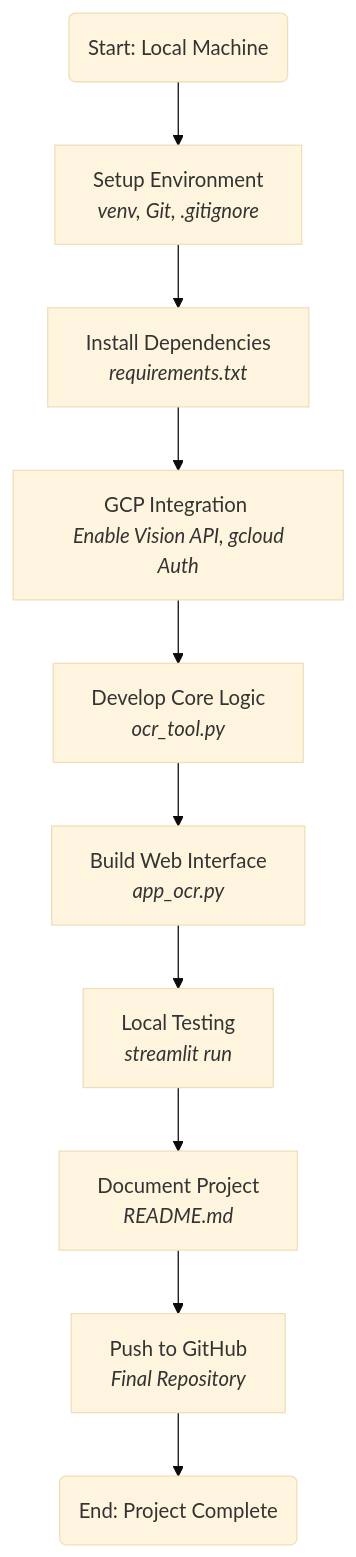
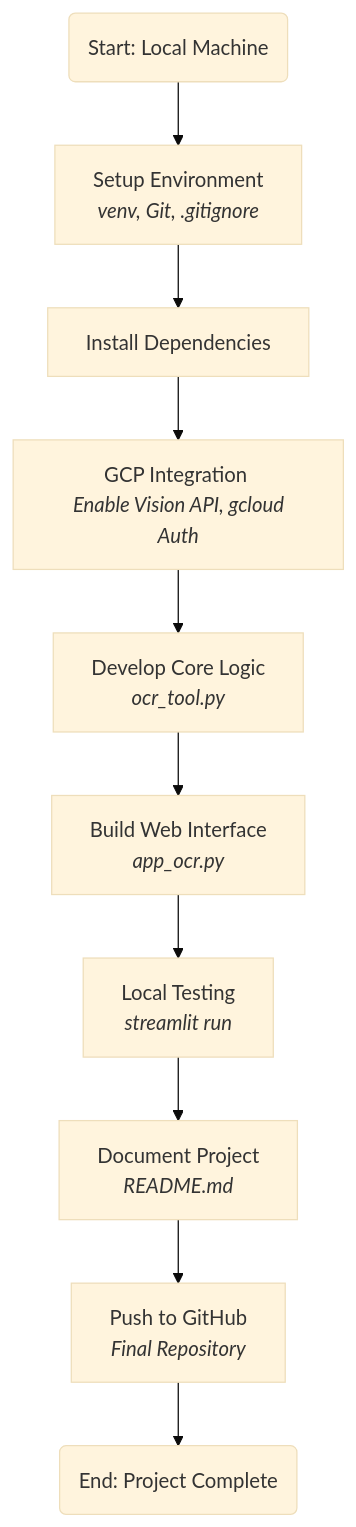
The first of 2 diagrams in README.md (amirulhazym/gcp-vision.api-ocr), drawn with Mermaid (base theme) before and after one commit. The commit also changed other lines of this file, not shown here.

````diff
--- a/README.md
+++ b/README.md
@@ -25,12 +27,12 @@
 ```mermaid
 flowchart TD
     A(Start: Local Machine) --> B[Setup Environment <br> <i>venv, Git, .gitignore</i>];
-    B --> C[Install Dependencies <br> <i>requirements.txt</i>];
+    B --> C[Install Dependencies];
     C --> D[GCP Integration <br> <i>Enable Vision API, gcloud Auth</i>];
     D --> E[Develop Core Logic <br> <i>ocr_tool.py</i>];
     E --> F[Build Web Interface <br> <i>app_ocr.py</i>];
     F --> G[Local Testing <br> <i>streamlit run</i>];
     G --> H[Document Project <br> <i>README.md</i>];
     H --> I[Push to GitHub <br> <i>Final Repository</i>];
     I --> J(End: Project Complete);
 ```
````
